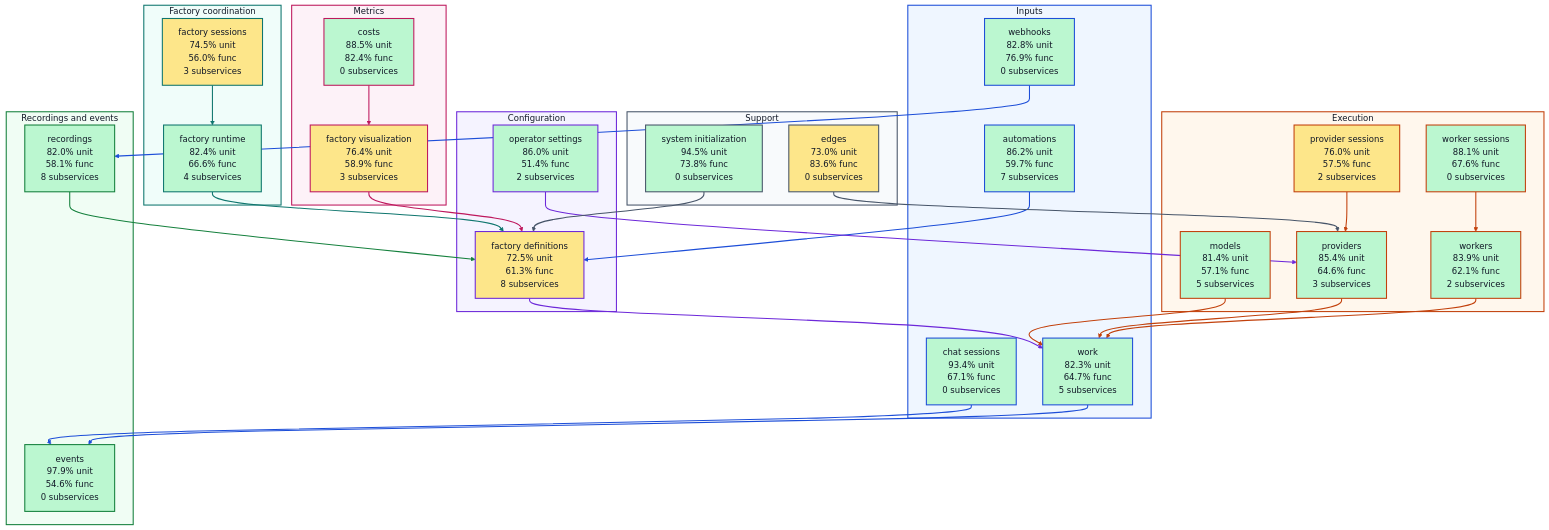
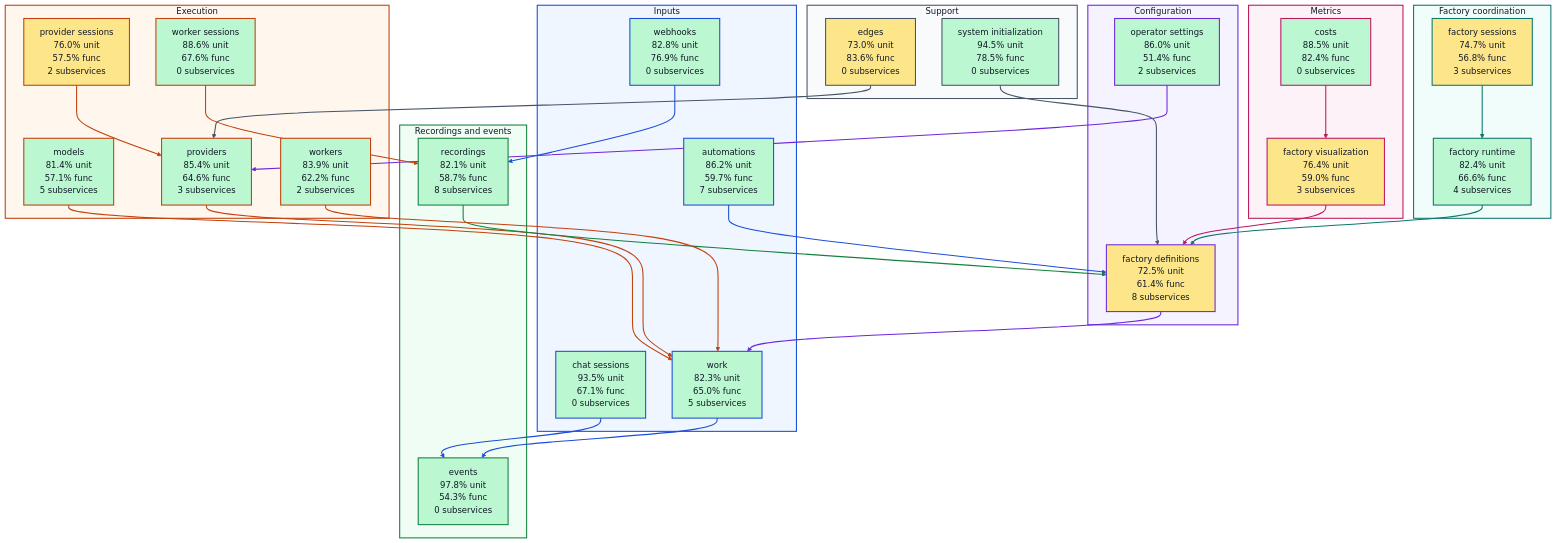
The diagram in docs/architecture/visualizations/high-level-test-coverage.md (portpowered/you-agent-factory), drawn with Mermaid before and after one commit. The commit also changed other lines of this file and 20 other files, not shown here.

Commit message:
docs: refresh backend architecture visualizations

```diff
--- a/docs/architecture/visualizations/high-level-test-coverage.md
+++ b/docs/architecture/visualizations/high-level-test-coverage.md
@@ -12,36 +12,36 @@
 flowchart TB
   subgraph input["Inputs"]
     s_services_automations["automations<br/>86.2% unit<br/>59.7% func<br/>7 subservices"]
-    s_services_chat_sessions["chat sessions<br/>93.4% unit<br/>67.1% func<br/>0 subservices"]
+    s_services_chat_sessions["chat sessions<br/>93.5% unit<br/>67.1% func<br/>0 subservices"]
     s_services_webhooks["webhooks<br/>82.8% unit<br/>76.9% func<br/>0 subservices"]
-    s_services_work["work<br/>82.3% unit<br/>64.7% func<br/>5 subservices"]
+    s_services_work["work<br/>82.3% unit<br/>65.0% func<br/>5 subservices"]
   end
   subgraph configuration["Configuration"]
-    s_services_factory_definitions["factory definitions<br/>72.5% unit<br/>61.3% func<br/>8 subservices"]
+    s_services_factory_definitions["factory definitions<br/>72.5% unit<br/>61.4% func<br/>8 subservices"]
     s_services_operator_settings["operator settings<br/>86.0% unit<br/>51.4% func<br/>2 subservices"]
   end
   subgraph coordination["Factory coordination"]
     s_services_factory_runtime["factory runtime<br/>82.4% unit<br/>66.6% func<br/>4 subservices"]
-    s_services_factory_sessions["factory sessions<br/>74.5% unit<br/>56.0% func<br/>3 subservices"]
+    s_services_factory_sessions["factory sessions<br/>74.7% unit<br/>56.8% func<br/>3 subservices"]
   end
   subgraph execution["Execution"]
     s_services_models["models<br/>81.4% unit<br/>57.1% func<br/>5 subservices"]
     s_services_provider_sessions["provider sessions<br/>76.0% unit<br/>57.5% func<br/>2 subservices"]
     s_services_providers["providers<br/>85.4% unit<br/>64.6% func<br/>3 subservices"]
-    s_services_worker_sessions["worker sessions<br/>88.1% unit<br/>67.6% func<br/>0 subservices"]
-    s_services_workers["workers<br/>83.9% unit<br/>62.1% func<br/>2 subservices"]
+    s_services_worker_sessions["worker sessions<br/>88.6% unit<br/>67.6% func<br/>0 subservices"]
+    s_services_workers["workers<br/>83.9% unit<br/>62.2% func<br/>2 subservices"]
   end
   subgraph recordings["Recordings and events"]
-    s_services_events["events<br/>97.9% unit<br/>54.6% func<br/>0 subservices"]
-    s_services_recordings["recordings<br/>82.0% unit<br/>58.1% func<br/>8 subservices"]
+    s_services_events["events<br/>97.8% unit<br/>54.3% func<br/>0 subservices"]
+    s_services_recordings["recordings<br/>82.1% unit<br/>58.7% func<br/>8 subservices"]
   end
   subgraph metrics["Metrics"]
     s_services_costs["costs<br/>88.5% unit<br/>82.4% func<br/>0 subservices"]
-    s_services_factory_visualization["factory visualization<br/>76.4% unit<br/>58.9% func<br/>3 subservices"]
+    s_services_factory_visualization["factory visualization<br/>76.4% unit<br/>59.0% func<br/>3 subservices"]
   end
   subgraph support["Support"]
     s_services_edges["edges<br/>73.0% unit<br/>83.6% func<br/>0 subservices"]
-    s_services_system_initialization["system initialization<br/>94.5% unit<br/>73.8% func<br/>0 subservices"]
+    s_services_system_initialization["system initialization<br/>94.5% unit<br/>78.5% func<br/>0 subservices"]
   end
   s_services_automations --> s_services_factory_definitions
   s_services_chat_sessions --> s_services_events
@@ -59,7 +59,7 @@
   s_services_system_initialization --> s_services_factory_definitions
   s_services_webhooks --> s_services_recordings
   s_services_work --> s_services_events
-  s_services_worker_sessions --> s_services_workers
+  s_services_worker_sessions --> s_services_recordings
   s_services_workers --> s_services_work
   style s_services_automations fill:#bbf7d0,stroke:#1d4ed8,stroke-width:2px,color:#111827
   style s_services_chat_sessions fill:#bbf7d0,stroke:#1d4ed8,stroke-width:2px,color:#111827
```
